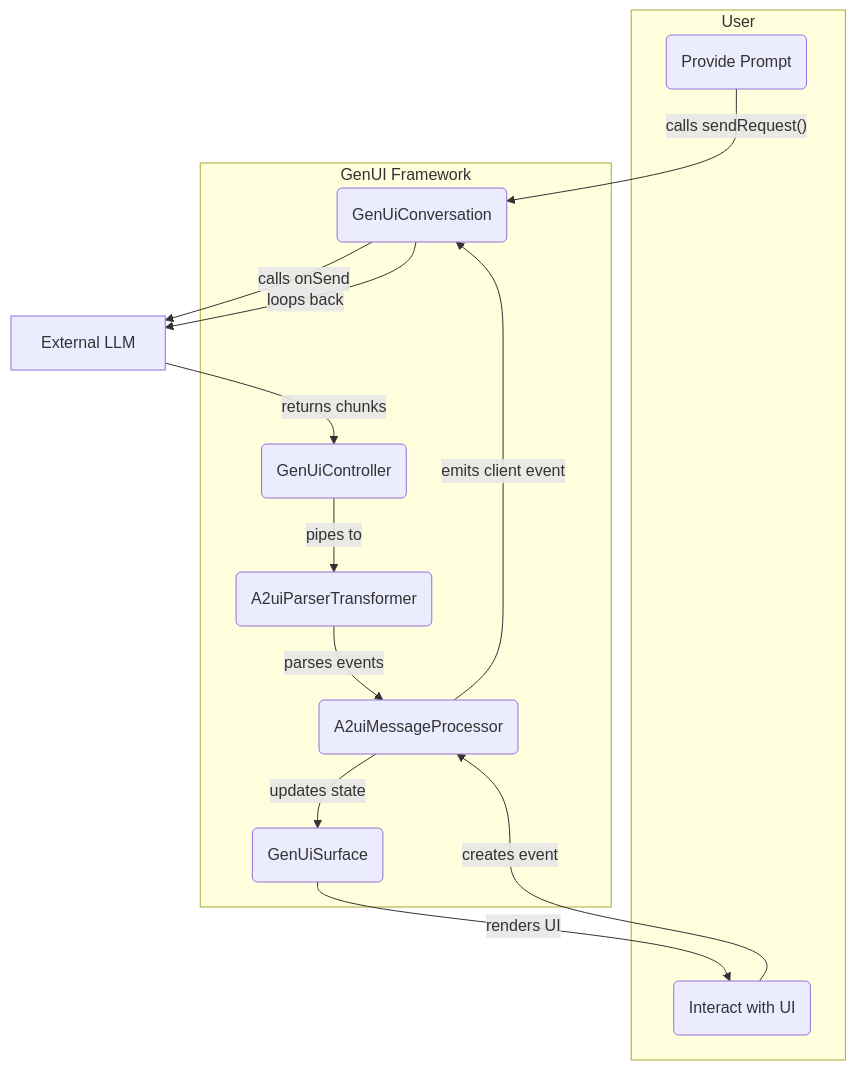
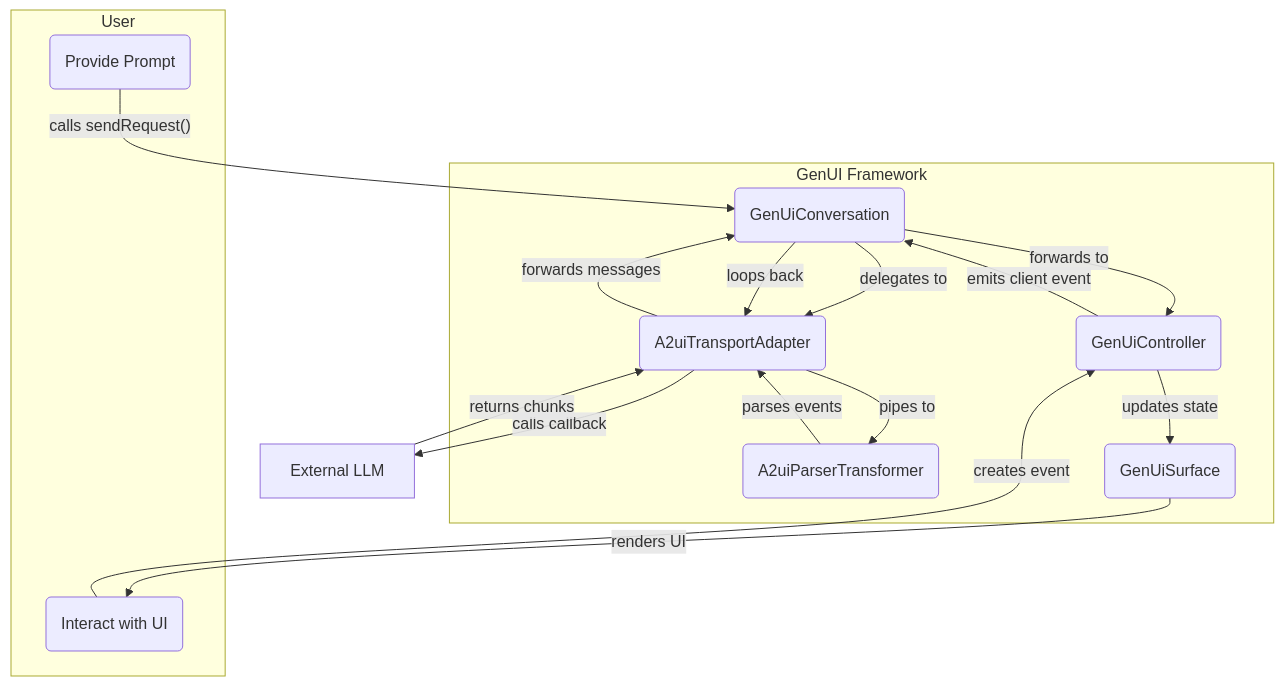
The third of 4 diagrams in packages/genui/docs/Design_Proposal.md (polina-c/genui), drawn with Mermaid before and after one commit. The commit also changed other lines of this file and 7 other files, not shown here.

First line of the commit message:
docs: update architecture docs to reflect v0.9 transport layer

````diff
--- a/packages/genui/docs/Design_Proposal.md
+++ b/packages/genui/docs/Design_Proposal.md
@@ -245,26 +258,29 @@
 ```mermaid
 graph TD
     subgraph "User"
         UserInput("Provide Prompt")
         UserInteraction("Interact with UI")
     end
 
     subgraph "GenUI Framework"
         GenUiConversation("GenUiConversation")
+        Transport("A2uiTransportAdapter")
         GenUiController("GenUiController")
-        MessageProcessor("A2uiMessageProcessor")
         Transformer("A2uiParserTransformer")
         GenUiSurface("GenUiSurface")
     end
 
     UserInput -- "calls sendRequest()" --> GenUiConversation;
-    GenUiConversation -- "calls onSend" --> ExternalLLM[External LLM];
-    ExternalLLM -- "returns chunks" --> GenUiController;
-    GenUiController -- "pipes to" --> Transformer;
-    Transformer -- "parses events" --> MessageProcessor;
-    MessageProcessor -- "updates state" --> GenUiSurface;
+    GenUiConversation -- "delegates to" --> Transport;
+    Transport -- "calls callback" --> ExternalLLM[External LLM];
+    ExternalLLM -- "returns chunks" --> Transport;
+    Transport -- "pipes to" --> Transformer;
+    Transformer -- "parses events" --> Transport;
+    Transport -- "forwards messages" --> GenUiConversation;
+    GenUiConversation -- "forwards to" --> GenUiController;
+    GenUiController -- "updates state" --> GenUiSurface;
     GenUiSurface -- "renders UI" --> UserInteraction;
-    UserInteraction -- "creates event" --> MessageProcessor;
-    MessageProcessor -- "emits client event" --> GenUiConversation;
-    GenUiConversation -- "loops back" --> ExternalLLM;
+    UserInteraction -- "creates event" --> GenUiController;
+    GenUiController -- "emits client event" --> GenUiConversation;
+    GenUiConversation -- "loops back" --> Transport;
 ```
````
